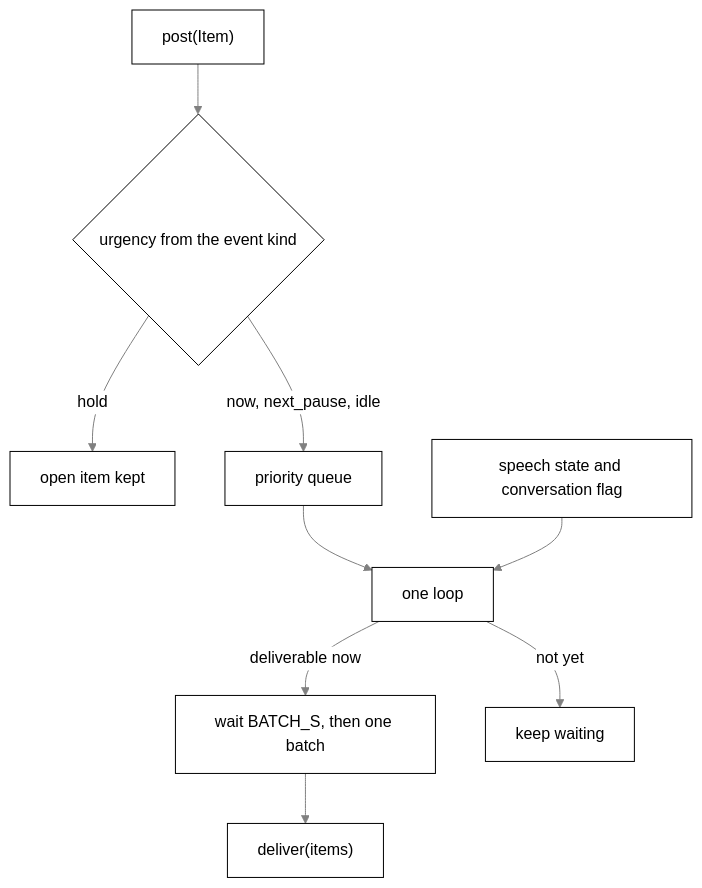
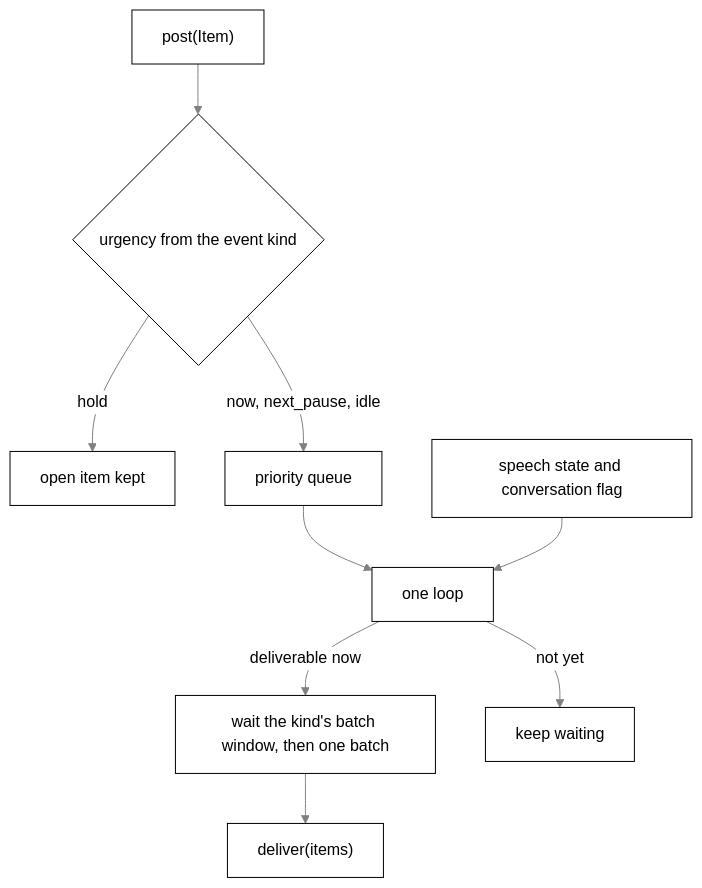
Diagram 15 of 15 in docs/brain.md (nadeem4/tagalong), drawn with Mermaid before and after one commit. The commit also changed other lines of this file and 31 other files, not shown here.

````diff
--- a/docs/brain.md
+++ b/docs/brain.md
@@ -2347,12 +2350,12 @@
 ```mermaid
 %%{init: {"theme": "base", "themeVariables": {"primaryColor": "#ffffff", "primaryTextColor": "#000000", "primaryBorderColor": "#000000", "lineColor": "#808080", "arrowheadColor": "#808080", "secondaryColor": "#f2f2f2", "tertiaryColor": "#ffffff", "clusterBkg": "#f7f7f7", "clusterBorder": "#808080", "edgeLabelBackground": "#ffffff", "titleColor": "#808080", "actorBkg": "#ffffff", "actorBorder": "#000000", "actorTextColor": "#000000", "actorLineColor": "#808080", "signalColor": "#808080", "signalTextColor": "#808080", "sequenceNumberColor": "#ffffff", "labelBoxBkgColor": "#ffffff", "labelBoxBorderColor": "#808080", "labelTextColor": "#000000", "loopTextColor": "#808080", "noteBkgColor": "#f7f7f7", "noteBorderColor": "#808080", "noteTextColor": "#000000", "activationBkgColor": "#f7f7f7", "activationBorderColor": "#808080", "fontFamily": "Segoe UI, Helvetica, Arial, sans-serif"}}}%%
 flowchart TD
   P["post(Item)"] --> U{"urgency from the event kind"}
   U -- hold --> O["open item kept"]
   U -- now, next_pause, idle --> Q["priority queue"]
   Q --> L["one loop"]
   S["speech state and conversation flag"] --> L
-  L -- "deliverable now" --> B["wait BATCH_S, then one batch"]
+  L -- "deliverable now" --> B["wait the kind's batch window, then one batch"]
   B --> D["deliver(items)"]
   L -- "not yet" --> W["keep waiting"]
 ```
````
